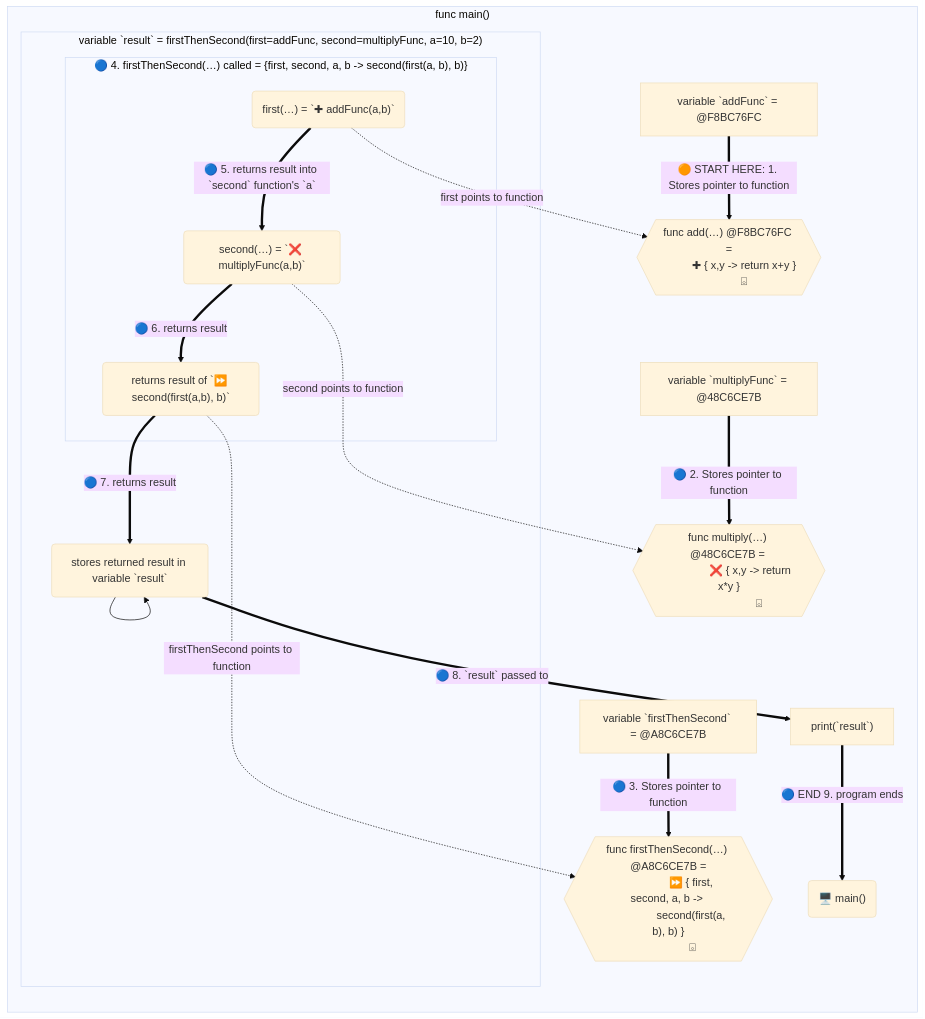
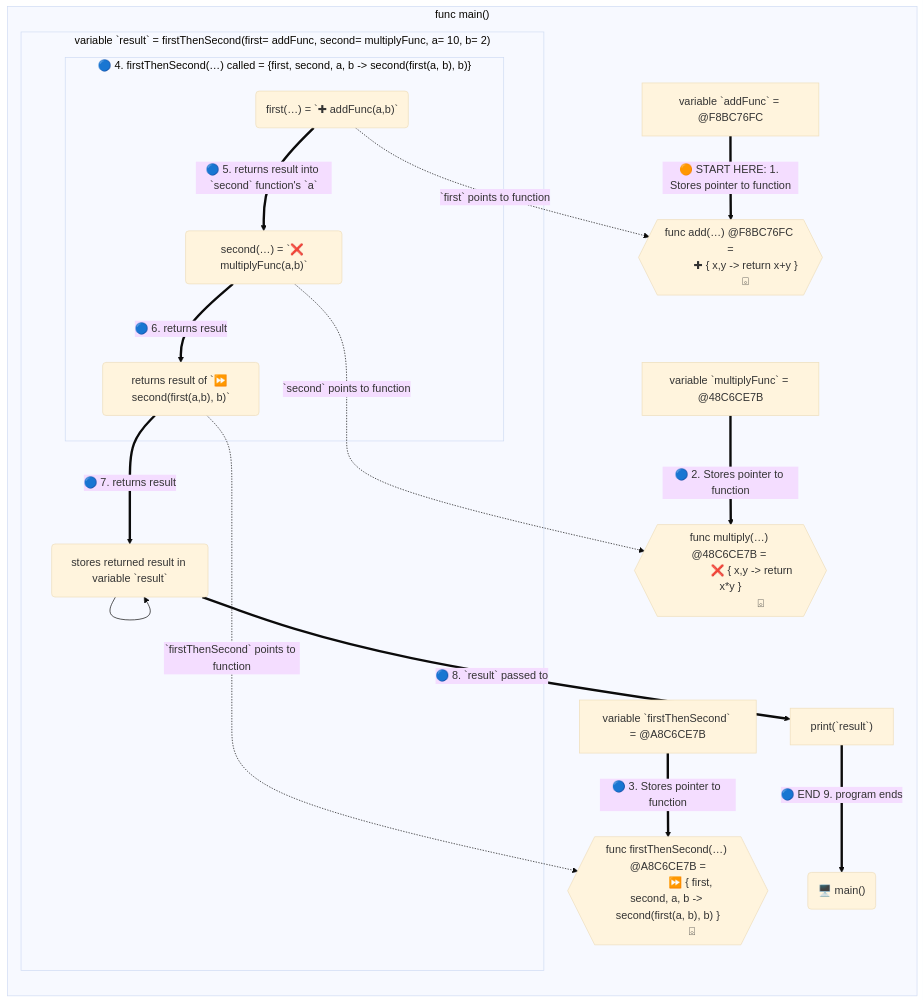
The diagram in 10-FunctionalProgramming.md (realityexpander/How_to_program_from_ground_up), drawn with Mermaid (base theme) before and after one commit.

Commit message:
improve tox

````diff
--- a/10-FunctionalProgramming.md
+++ b/10-FunctionalProgramming.md
@@ -51,32 +51,31 @@
 ```mermaid
  flowchart LR
  
  subgraph main["func main()"]
     X["variable `addFunc` = @F8BC76FC"] ==>|🟠 START HERE: 1. Stores pointer to function| addFn{{" func add(…) @F8BC76FC =
            ✚ { x,y -> return x+y } 
            ⌺"}}
     Y["variable `multiplyFunc` = @48C6CE7B"] ==>|🔵 2. Stores pointer to function| multiplyFn{{" func multiply(…) @48C6CE7B = 
                 ❌ { x,y -> return x*y }
                      ⌺"}}
     Z["variable `firstThenSecond` = @A8C6CE7B"] ==>|🔵 3. Stores pointer to function| firstThenSecondFunc{{" func firstThenSecond(…) @A8C6CE7B =
-                 ⏩ { first, second, a, b -> 
-                 second(first(a, b), b) }
+                 ⏩ { first, second, a, b -> second(first(a, b), b) }
                  ⌺"}}
-    first -.->|first points to function| addFn
-    second -..->|second points to function| multiplyFn
-    D -...->|firstThenSecond points to function| firstThenSecondFunc
-    subgraph result[" variable `result` = firstThenSecond(first=addFunc, second=multiplyFunc, a=10, b=2)"]
+    first -.->|`first` points to function| addFn
+    second -..->|`second` points to function| multiplyFn
+    D -...->|`firstThenSecond` points to function| firstThenSecondFunc
+    subgraph result[" variable `result` = firstThenSecond(first= addFunc, second= multiplyFunc, a= 10, b= 2)"]
        subgraph firstThenSecond[" 🔵 4. firstThenSecond(…) called = {first, second, a, b -> second(first(a, b), b)}"]
           first("first(…) = `✚ addFunc(a,b)`")==>|🔵 5. returns result into `second` function's `a` | second
           second("second(…) = `❌ multiplyFunc(a,b)`") ==>|🔵 6. returns result| D
        end
        D("returns result of `⏩ second(first(a,b), b)`") ==>|🔵 7. returns result| E
     end
     E("stores returned result in variable `result`") ==>|🔵 8. `result` passed to| F
     E --> E
     F["print(`result`)"]==>|🔵 END 9. program ends| G
  end
  G("🖥️ main()")
  
  
  ```
````
